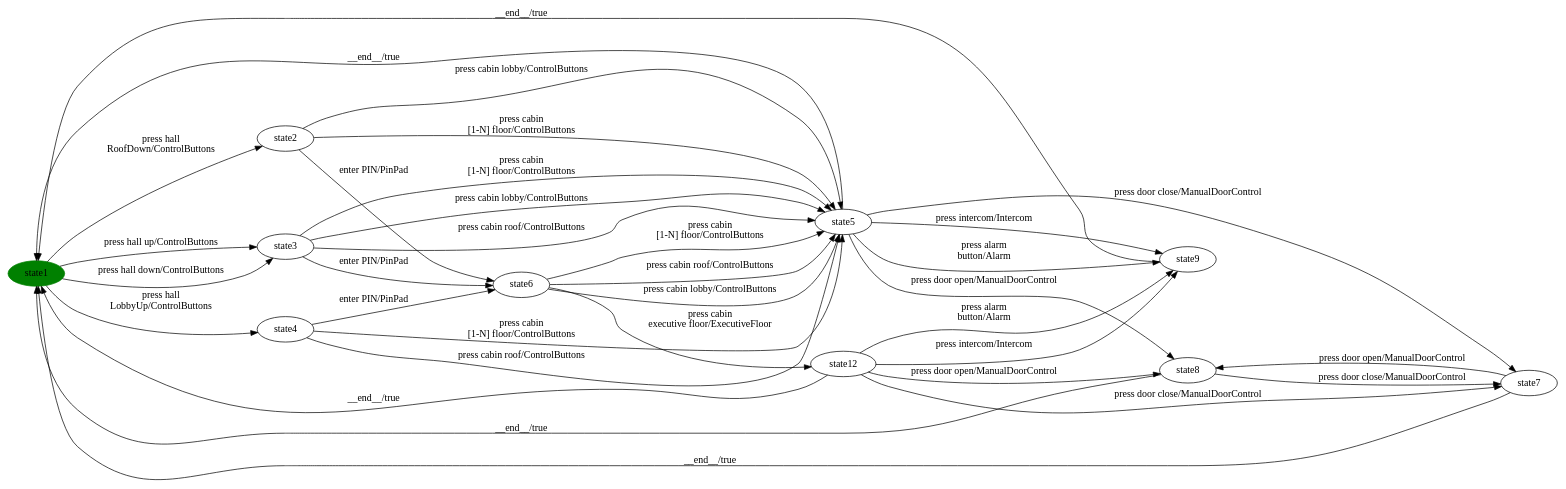
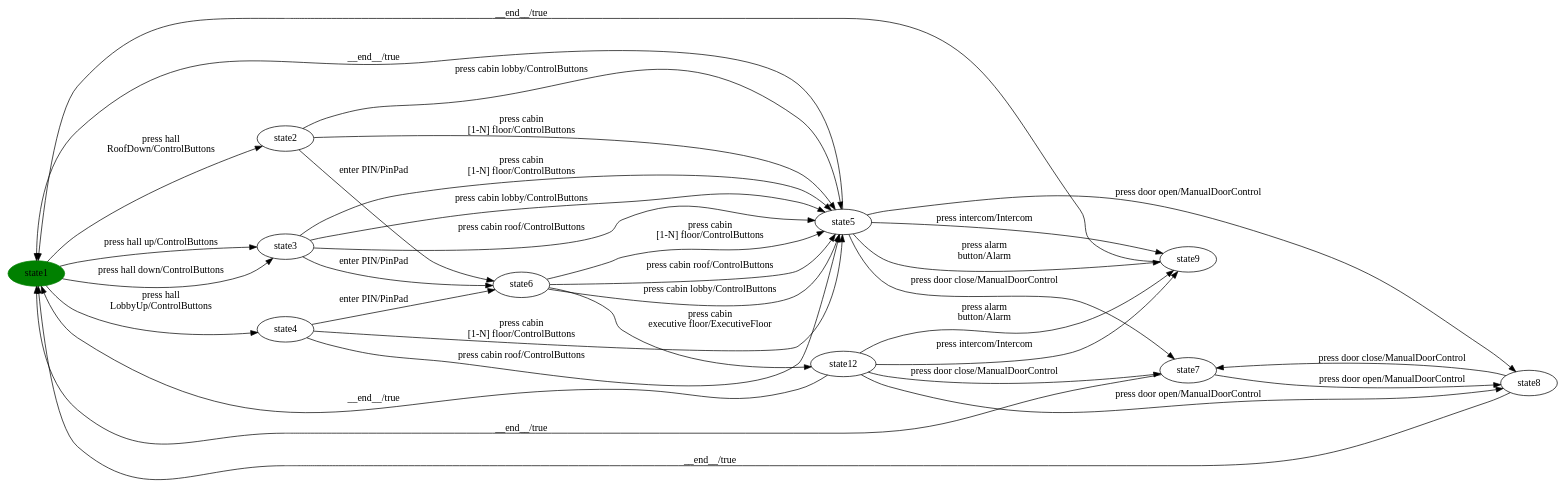
The diagram in milestone-reports/per-product/Elevator/Elevator-product20.dot (dilekozturk93/vibes), drawn with Graphviz before and after one commit. The commit also changed 80 other files, not shown here.

```diff
--- a/milestone-reports/per-product/Elevator/Elevator-product20.dot
+++ b/milestone-reports/per-product/Elevator/Elevator-product20.dot
@@ -1,55 +1,55 @@
 digraph G {
 rankdir=LR;
 state0[ label = "state1", style=filled, color=green ];
 state1 [ label = "state9" ];
 state1 -> state0 [ label=" __end__/true " ];
 state2 [ label = "state6" ];
 state2 -> state3 [ label=" press cabin lobby/ControlButtons " ];
 state2 -> state3 [ label=" press cabin 
 [1-N] floor/ControlButtons " ];
 state2 -> state3 [ label=" press cabin roof/ControlButtons " ];
 state2 -> state4 [ label=" press cabin 
 executive floor/ExecutiveFloor " ];
+state3 [ label = "state5" ];
+state3 -> state1 [ label=" press intercom/Intercom " ];
+state3 -> state1 [ label=" press alarm
+button/Alarm " ];
+state3 -> state5 [ label=" press door open/ManualDoorControl " ];
+state3 -> state6 [ label=" press door close/ManualDoorControl " ];
+state3 -> state0 [ label=" __end__/true " ];
 state4 [ label = "state12" ];
 state4 -> state1 [ label=" press intercom/Intercom " ];
 state4 -> state1 [ label=" press alarm
 button/Alarm " ];
-state4 -> state5 [ label=" press door close/ManualDoorControl " ];
-state4 -> state6 [ label=" press door open/ManualDoorControl " ];
+state4 -> state6 [ label=" press door close/ManualDoorControl " ];
+state4 -> state5 [ label=" press door open/ManualDoorControl " ];
 state4 -> state0 [ label=" __end__/true " ];
-state3 [ label = "state5" ];
-state3 -> state1 [ label=" press intercom/Intercom " ];
-state3 -> state1 [ label=" press alarm
-button/Alarm " ];
-state3 -> state6 [ label=" press door open/ManualDoorControl " ];
-state3 -> state5 [ label=" press door close/ManualDoorControl " ];
-state3 -> state0 [ label=" __end__/true " ];
-state6 [ label = "state8" ];
-state6 -> state5 [ label=" press door close/ManualDoorControl " ];
+state5 [ label = "state8" ];
+state5 -> state6 [ label=" press door close/ManualDoorControl " ];
+state5 -> state0 [ label=" __end__/true " ];
+state6 [ label = "state7" ];
 state6 -> state0 [ label=" __end__/true " ];
-state5 [ label = "state7" ];
-state5 -> state0 [ label=" __end__/true " ];
-state5 -> state6 [ label=" press door open/ManualDoorControl " ];
+state6 -> state5 [ label=" press door open/ManualDoorControl " ];
 state7 [ label = "state2" ];
 state7 -> state2 [ label=" enter PIN/PinPad " ];
 state7 -> state3 [ label=" press cabin lobby/ControlButtons " ];
 state7 -> state3 [ label=" press cabin 
 [1-N] floor/ControlButtons " ];
 state0 -> state7 [ label=" press hall 
 RoofDown/ControlButtons " ];
 state0 -> state8 [ label=" press hall up/ControlButtons " ];
 state0 -> state8 [ label=" press hall down/ControlButtons " ];
 state0 -> state9 [ label=" press hall 
 LobbyUp/ControlButtons " ];
 state9 [ label = "state4" ];
 state9 -> state3 [ label=" press cabin roof/ControlButtons " ];
 state9 -> state3 [ label=" press cabin 
 [1-N] floor/ControlButtons " ];
 state9 -> state2 [ label=" enter PIN/PinPad " ];
 state8 [ label = "state3" ];
 state8 -> state3 [ label=" press cabin lobby/ControlButtons " ];
 state8 -> state3 [ label=" press cabin roof/ControlButtons " ];
 state8 -> state3 [ label=" press cabin 
 [1-N] floor/ControlButtons " ];
 state8 -> state2 [ label=" enter PIN/PinPad " ];
 }
```
